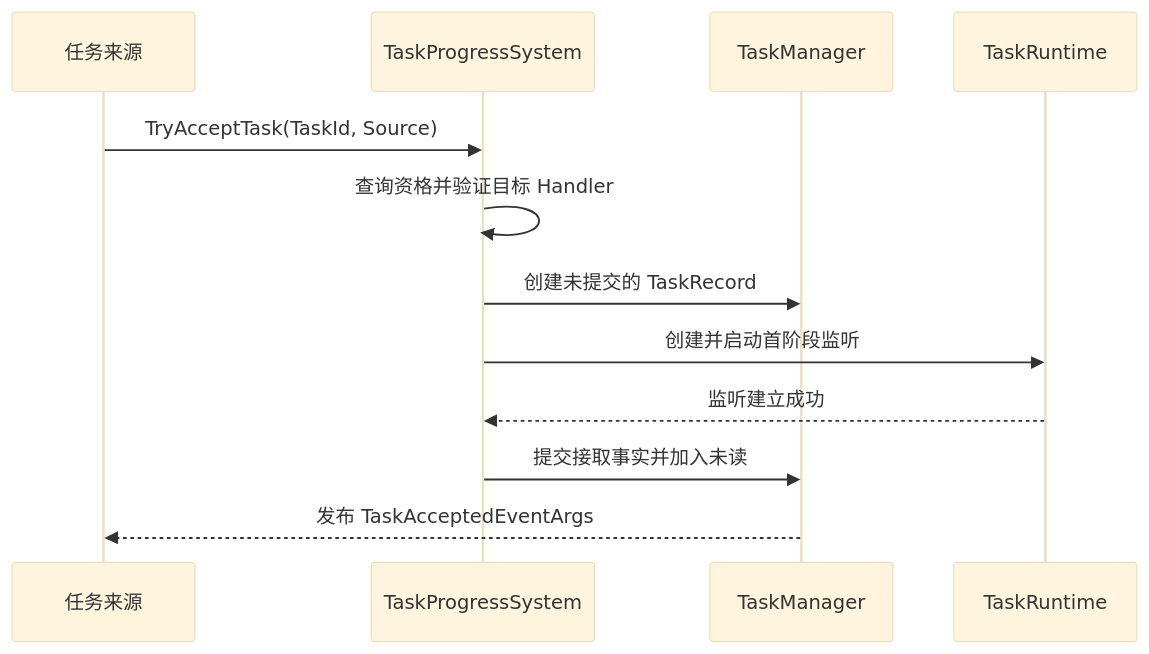
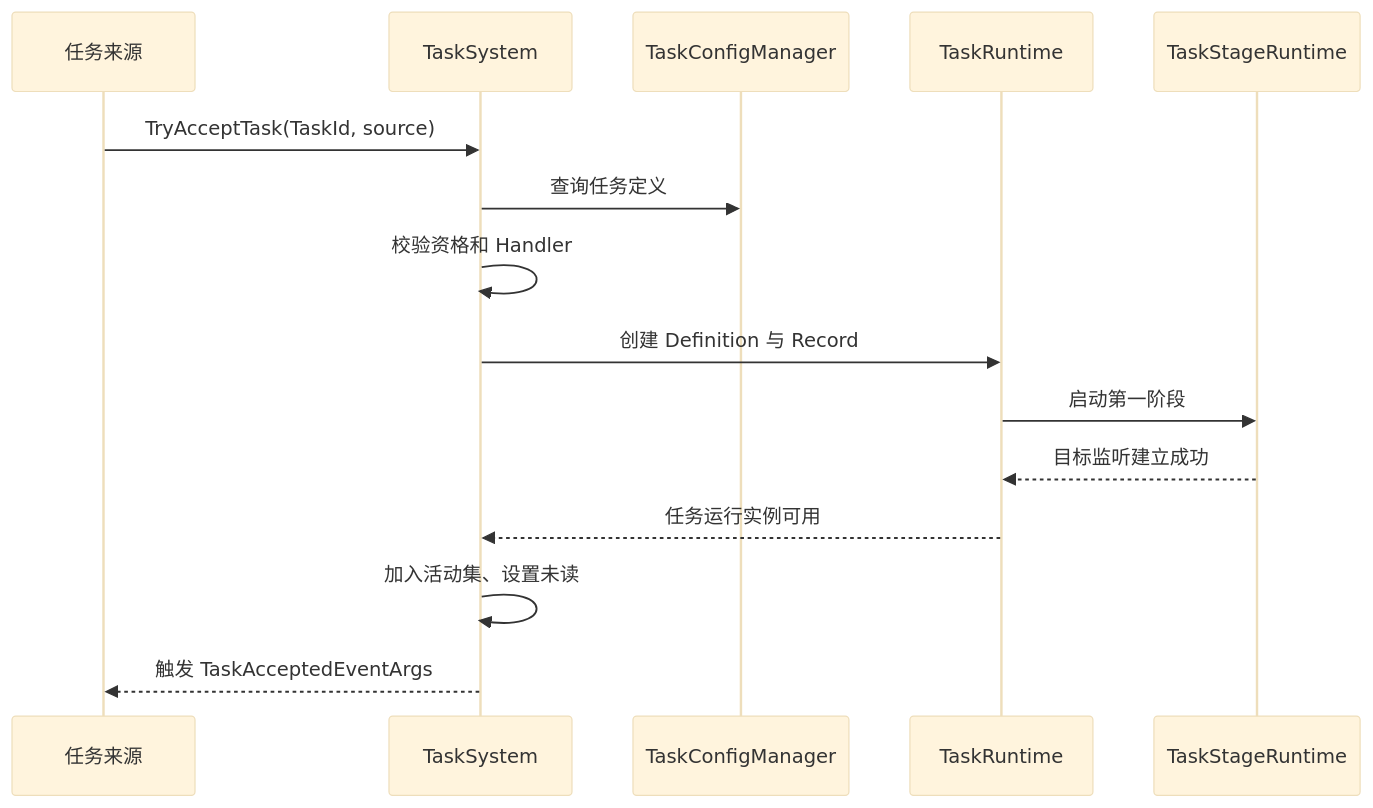
The third of 11 diagrams in Assets/Scripts/TaskSystem/TaskSystem_Architecture.md (Whitesheeeep/3DRPG), drawn with Mermaid (base theme) before and after one commit. The commit also changed other lines of this file and 112 other files, not shown here.

```diff
--- a/Assets/Scripts/TaskSystem/TaskSystem_Architecture.md
+++ b/Assets/Scripts/TaskSystem/TaskSystem_Architecture.md
@@ -190,15 +105,17 @@
 ~~~mermaid
 sequenceDiagram
-    participant Source as 任务来源
-    participant Progress as TaskProgressSystem
-    participant Manager as TaskManager
+    participant Caller as 任务来源
+    participant System as TaskSystem
+    participant Config as TaskConfigManager
     participant Runtime as TaskRuntime
-
-    Source->>Progress: TryAcceptTask(TaskId, Source)
-    Progress->>Progress: 查询资格并验证目标 Handler
-    Progress->>Manager: 创建未提交的 TaskRecord
-    Progress->>Runtime: 创建并启动首阶段监听
-    Runtime-->>Progress: 监听建立成功
-    Progress->>Manager: 提交接取事实并加入未读
-    Manager-->>Source: 发布 TaskAcceptedEventArgs
+    participant Stage as TaskStageRuntime
+    Caller->>System: TryAcceptTask(TaskId, source)
+    System->>Config: 查询任务定义
+    System->>System: 校验资格和 Handler
+    System->>Runtime: 创建 Definition 与 Record
+    Runtime->>Stage: 启动第一阶段
+    Stage-->>Runtime: 目标监听建立成功
+    Runtime-->>System: 任务运行实例可用
+    System->>System: 加入活动集、设置未读
+    System-->>Caller: 触发 TaskAcceptedEventArgs
 ~~~
```
